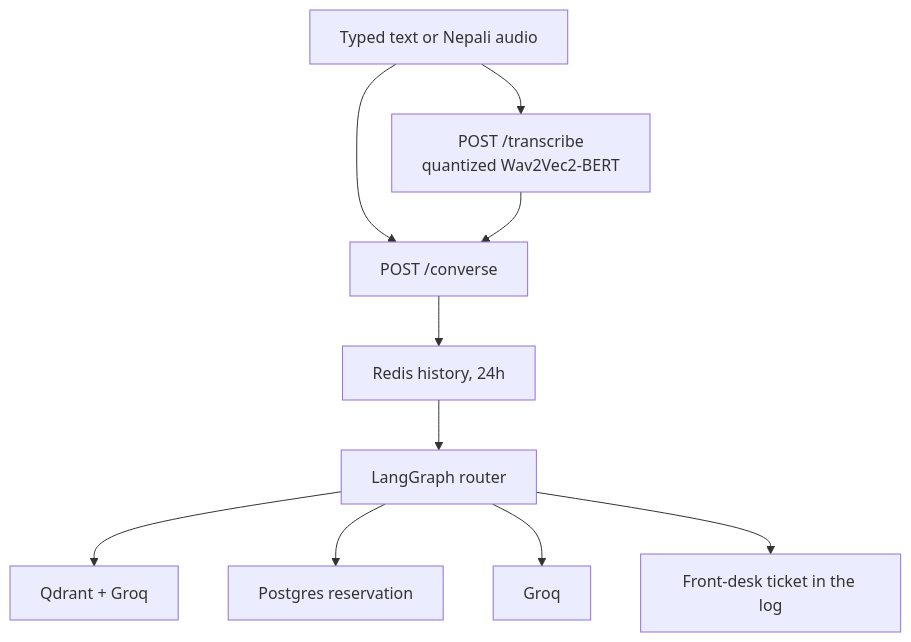
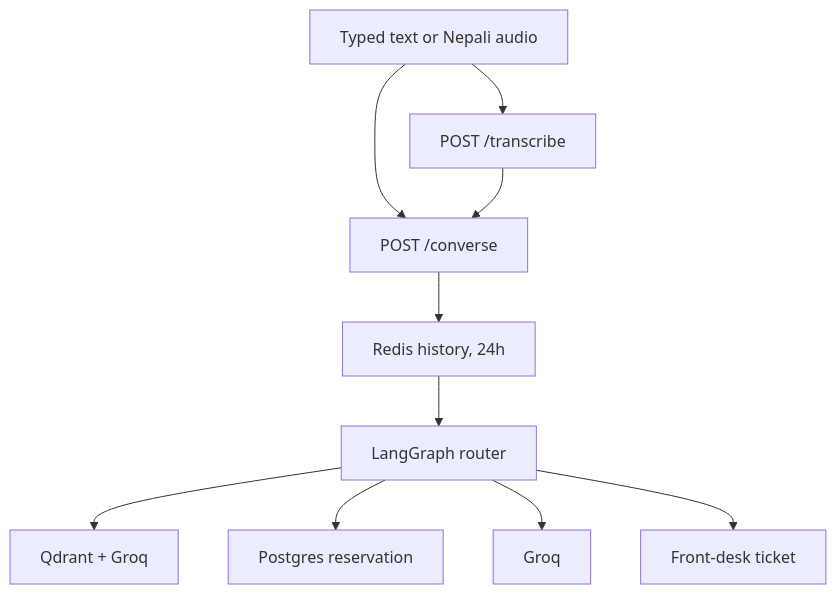
One commit to rupaktiwari/shruti changed the diagram in README.md. Above: the diagram before and after it, drawn with Mermaid. The commit also changed other lines of this file and 3 other files, not shown here.

````diff
--- a/README.md
+++ b/README.md
@@ -30,12 +29,12 @@
 ```mermaid
 flowchart TD
-    Guest["Typed text or Nepali audio"] --> ASR["POST /transcribe<br/>quantized Wav2Vec2-BERT"]
+    Guest["Typed text or Nepali audio"] --> ASR["POST /transcribe"]
     Guest --> Chat["POST /converse"]
     ASR --> Chat
     Chat --> Redis["Redis history, 24h"]
     Redis --> Router["LangGraph router"]
     Router --> RAG["Qdrant + Groq"]
     Router --> Book["Postgres reservation"]
     Router --> General["Groq"]
-    Router --> Desk["Front-desk ticket in the log"]
+    Router --> Desk["Front-desk ticket"]
 ```
````
